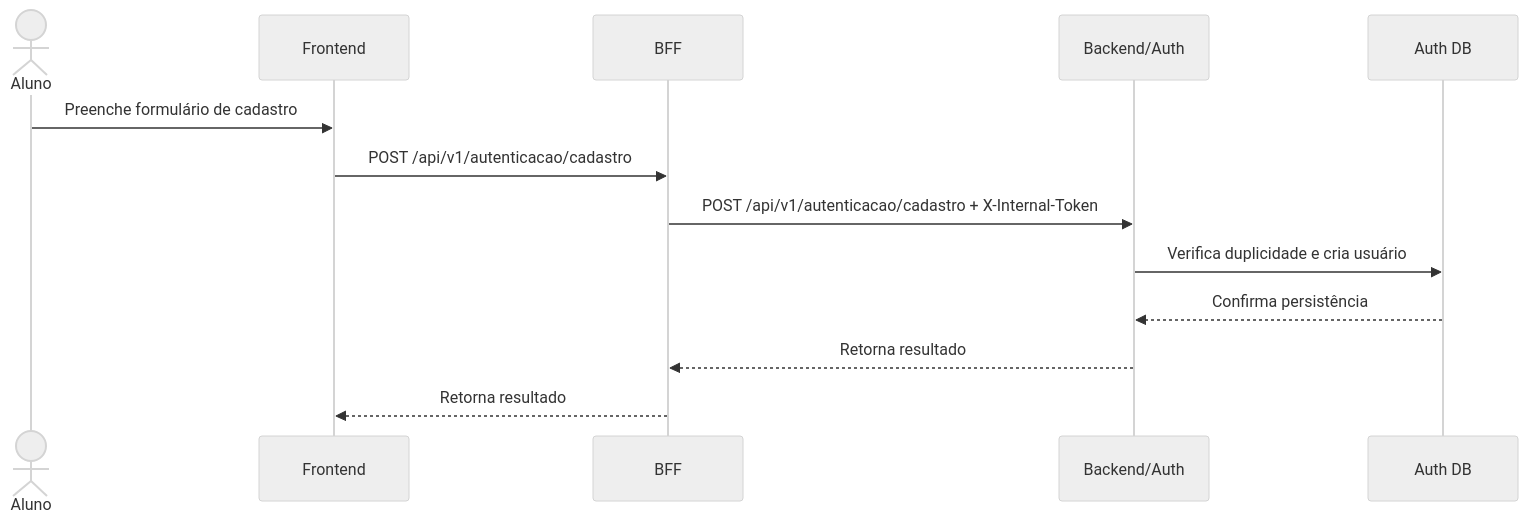
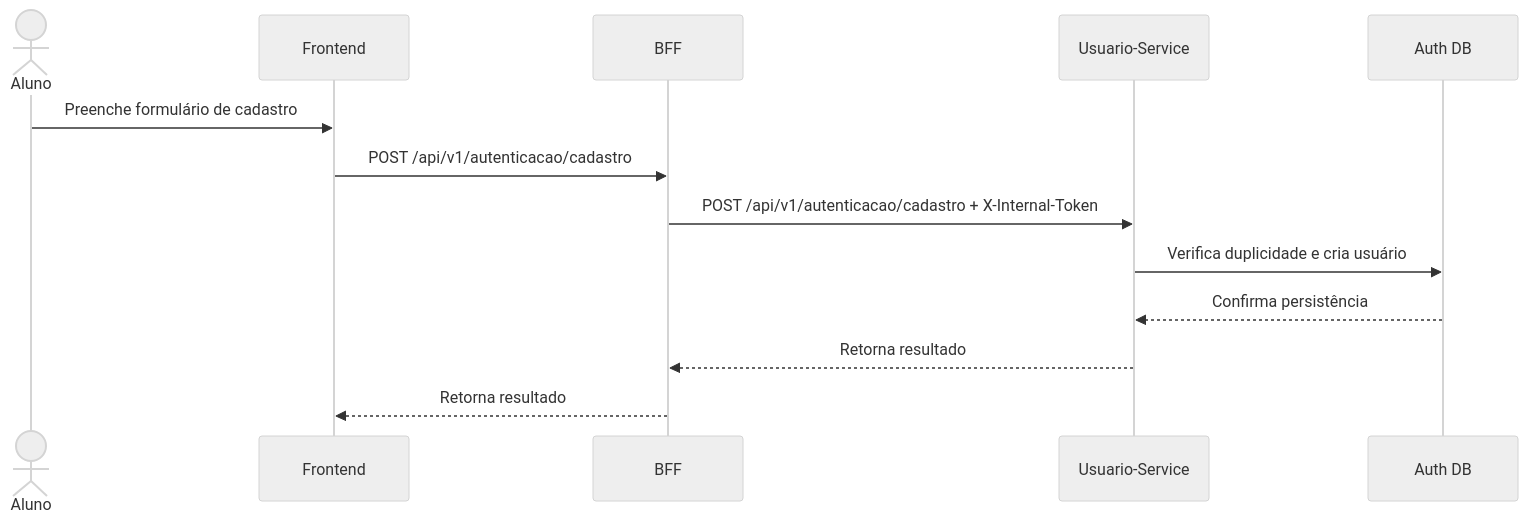
Before and after one commit to fga-eps-mds/2026-1-AnatoQuizUp-Doc: the second of 5 diagrams in docs/arquitetura/visoes/processos.md, drawn with Mermaid (neutral theme). The commit also changed other lines of this file and 14 other files, not shown here.

Commit message:
refactor: Muda todos os termos de backend para Usuario-Service de acordo com a arquitetura atual

````diff
--- a/docs/arquitetura/visoes/processos.md
+++ b/docs/arquitetura/visoes/processos.md
@@ -33,16 +33,16 @@
 ```mermaid
 sequenceDiagram
     actor Aluno
     participant Frontend
     participant BFF
-    participant Auth as Backend/Auth
+    participant Auth as Usuario-Service
     participant DB as Auth DB
 
     Aluno->>Frontend: Preenche formulário de cadastro
     Frontend->>BFF: POST /api/v1/autenticacao/cadastro
     BFF->>Auth: POST /api/v1/autenticacao/cadastro + X-Internal-Token
     Auth->>DB: Verifica duplicidade e cria usuário
     DB-->>Auth: Confirma persistência
     Auth-->>BFF: Retorna resultado
     BFF-->>Frontend: Retorna resultado
 ```
````
